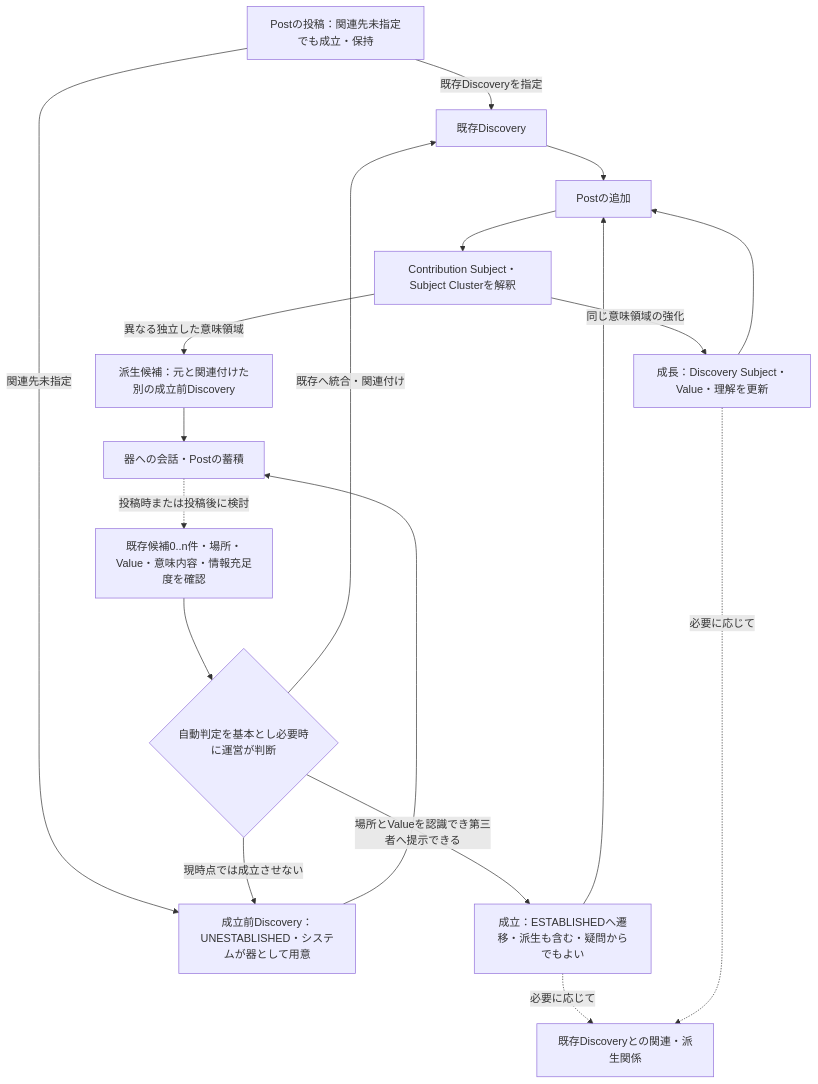
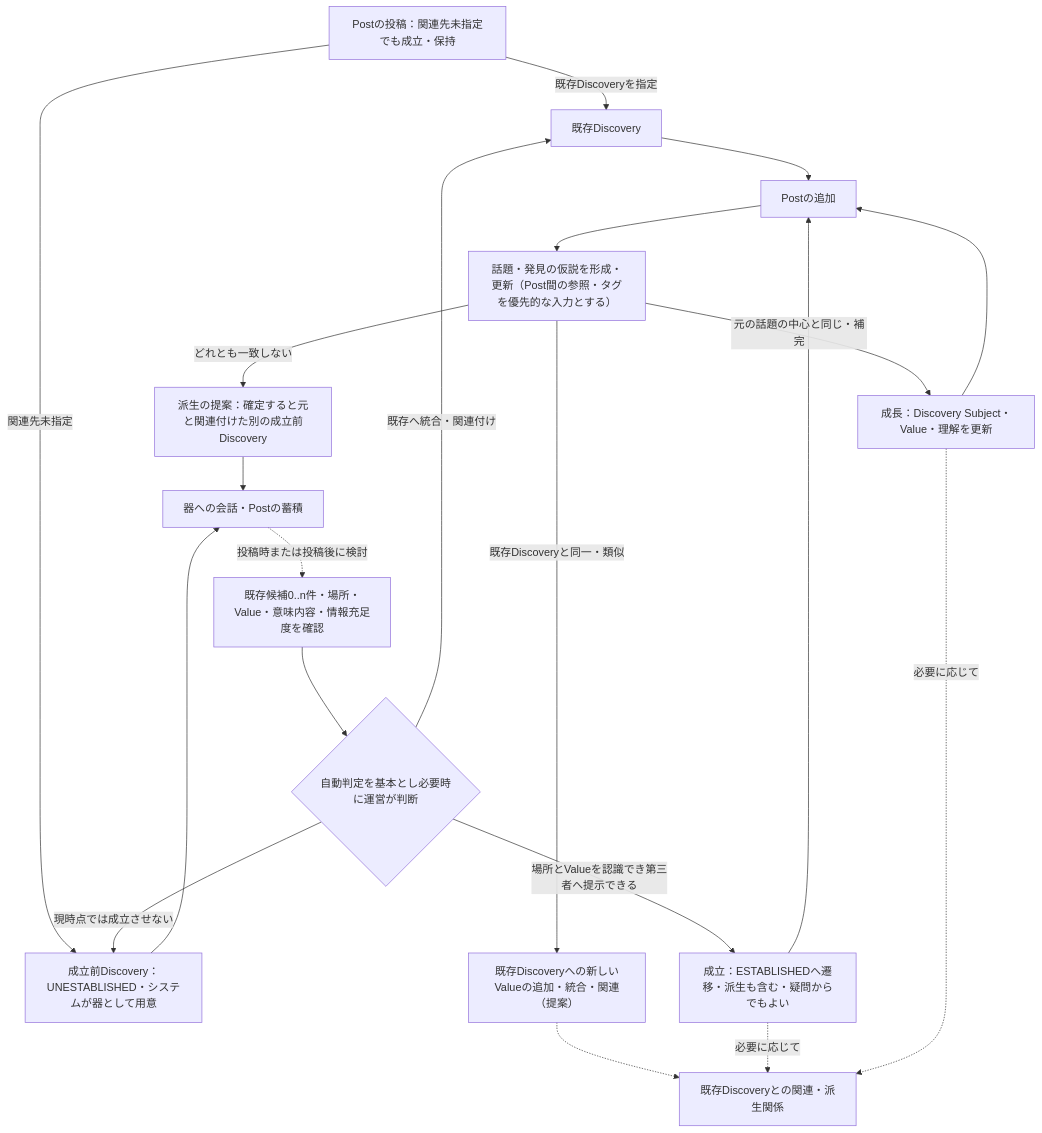
Before and after one commit to ex-day/platform: the third of 8 diagrams in docs/ex-day_domain_model.md, drawn with Mermaid. The commit also changed other lines of this file and 3 other files, not shown here.

````diff
--- a/docs/ex-day_domain_model.md
+++ b/docs/ex-day_domain_model.md
@@ -265,21 +480,23 @@
 ```mermaid
 flowchart TD
     I["Postの投稿：関連先未指定でも成立・保持"]
     I -->|既存Discoveryを指定| D["既存Discovery"]
     I -->|関連先未指定| U["成立前Discovery：UNESTABLISHED・システムが器として用意"]
     U --> UC["器への会話・Postの蓄積"]
     UC -.->|投稿時または投稿後に検討| R["既存候補0..n件・場所・Value・意味内容・情報充足度を確認"]
     R --> H{"自動判定を基本とし必要時に運営が判断"}
     H -->|既存へ統合・関連付け| D
     H -->|場所とValueを認識でき第三者へ提示できる| N["成立：ESTABLISHEDへ遷移・派生も含む・疑問からでもよい"]
     H -->|現時点では成立させない| U
     N --> C["Postの追加"]
     D --> C
-    C --> S["Contribution Subject・Subject Clusterを解釈"]
-    S -->|同じ意味領域の強化| G["成長：Discovery Subject・Value・理解を更新"]
+    C --> S["話題・発見の仮説を形成・更新（Post間の参照・タグを優先的な入力とする）"]
+    S -->|元の話題の中心と同じ・補完| G["成長：Discovery Subject・Value・理解を更新"]
     G --> C
-    S -->|異なる独立した意味領域| B["派生候補：元と関連付けた別の成立前Discovery"]
+    S -->|既存Discoveryと同一・類似| X["既存Discoveryへの新しいValueの追加・統合・関連（提案）"]
+    X -.-> L
+    S -->|どれとも一致しない| B["派生の提案：確定すると元と関連付けた別の成立前Discovery"]
     B --> UC
     N -.->|必要に応じて| L["既存Discoveryとの関連・派生関係"]
     G -.->|必要に応じて| L
 ```
````
